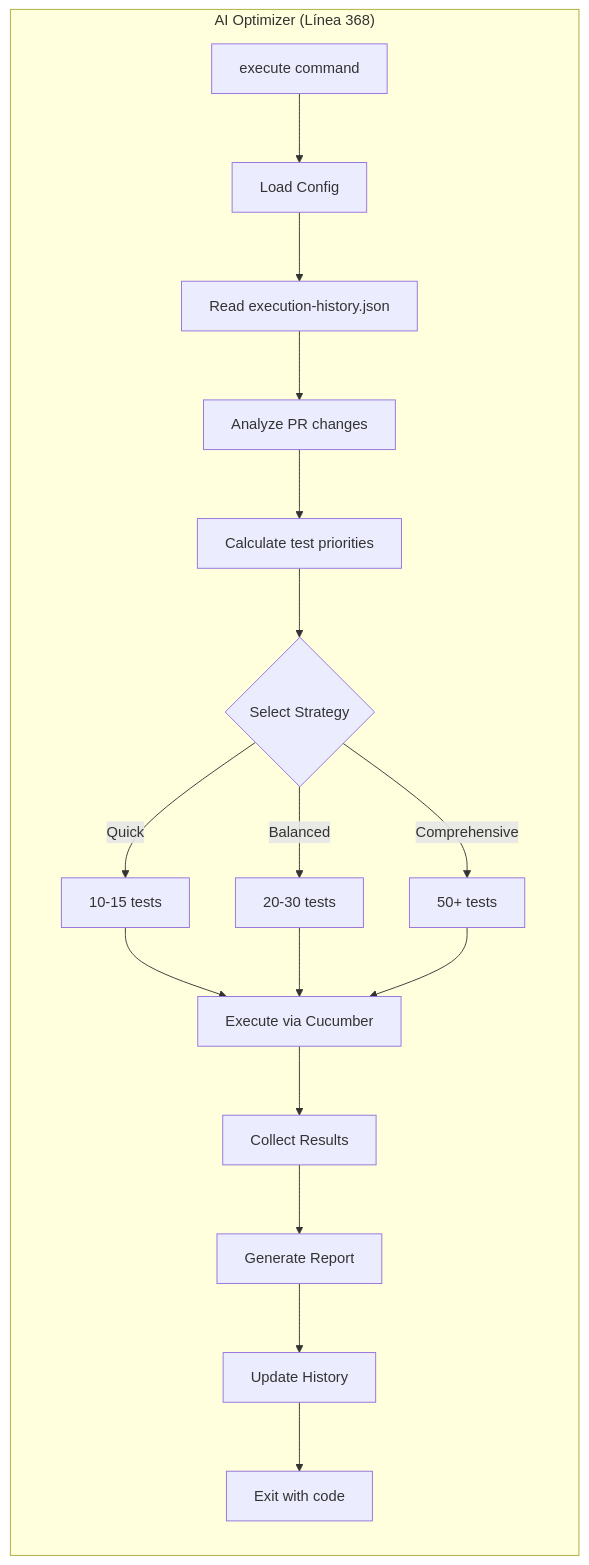
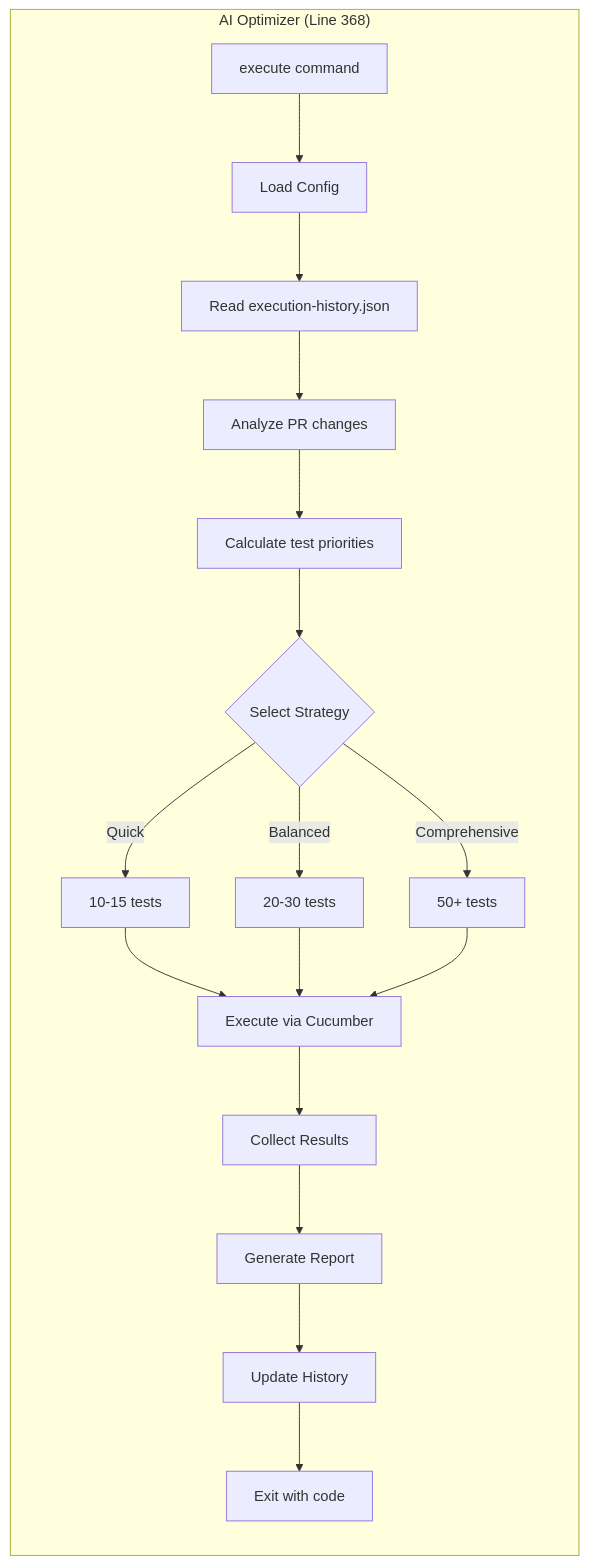
One commit to MiguelDiazVelarde/AIInitiatives changed the fourth of 4 diagrams in docs/diagrams/pr-validation-sequence.md. Above: the diagram before and after it, drawn with Mermaid. The commit also changed other lines of this file and 3 other files, not shown here.

````diff
--- a/docs/diagrams/pr-validation-sequence.md
+++ b/docs/diagrams/pr-validation-sequence.md
@@ -171,23 +171,23 @@
 ```mermaid
 graph LR
-    subgraph "AI Optimizer (Línea 368)"
+    subgraph "AI Optimizer (Line 368)"
         A[execute command] --> B[Load Config]
         B --> C[Read execution-history.json]
         C --> D[Analyze PR changes]
         D --> E[Calculate test priorities]
         E --> F{Select Strategy}
         
         F -->|Quick| G[10-15 tests]
         F -->|Balanced| H[20-30 tests]
         F -->|Comprehensive| I[50+ tests]
         
         G --> J[Execute via Cucumber]
         H --> J
         I --> J
         
         J --> K[Collect Results]
         K --> L[Generate Report]
         L --> M[Update History]
         M --> N[Exit with code]
     end
 ```
````
